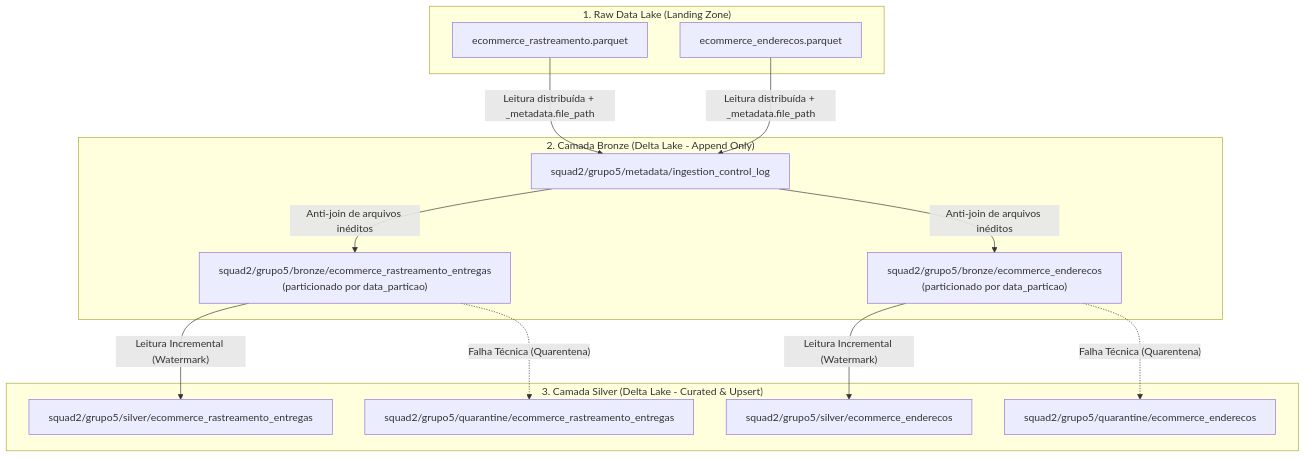
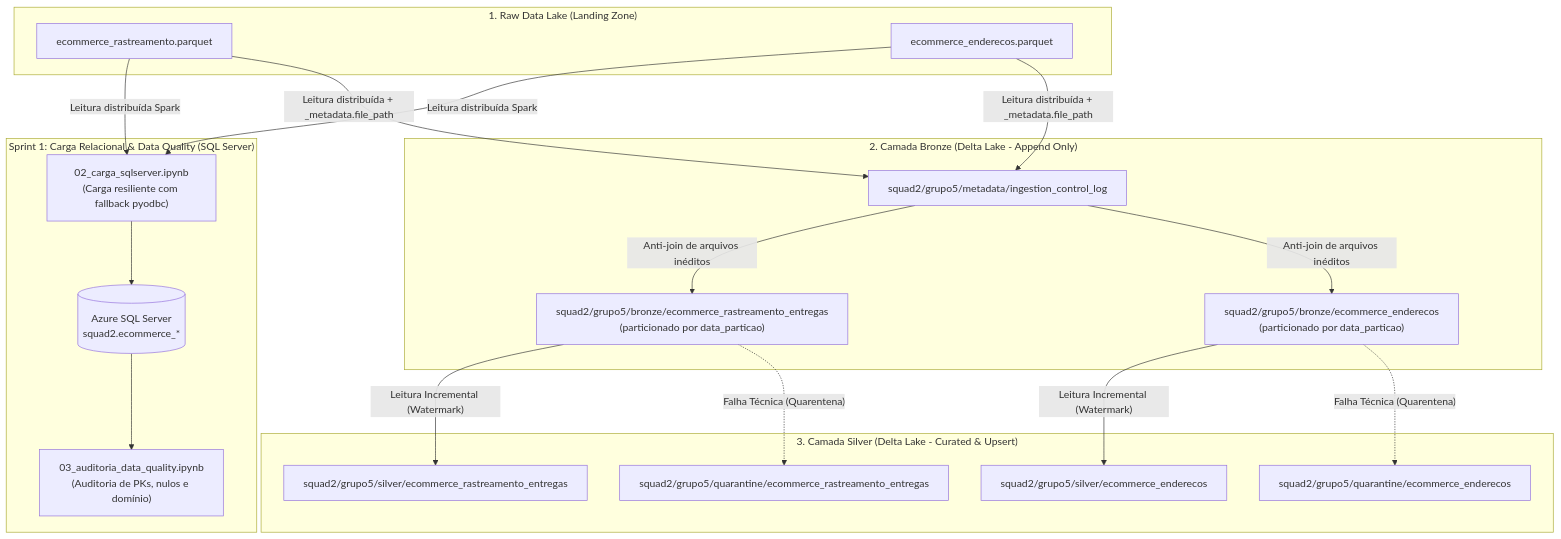
One commit to GeovanyADCancio/estagio-empregadados-turma-2 changed the diagram in squad2/README.md. Above: the diagram before and after it, drawn with Mermaid. The commit also changed other lines of this file and 2 other files, not shown here.

Commit message:
feat(squad2): adicionar notebooks 02 (carga sql server) e 03 (auditoria data quality) para dupla 5

````diff
--- a/squad2/README.md
+++ b/squad2/README.md
@@ -12,30 +12,41 @@
 ```mermaid
 flowchart TD
     subgraph Raw ["1. Raw Data Lake (Landing Zone)"]
         R1["ecommerce_rastreamento.parquet"]
         R2["ecommerce_enderecos.parquet"]
+    end
+
+    subgraph Sprint1 ["Sprint 1: Carga Relacional & Data Quality (SQL Server)"]
+        SQL_LOAD["02_carga_sqlserver.ipynb\n(Carga resiliente com fallback pyodbc)"]
+        SQL_AUDIT["03_auditoria_data_quality.ipynb\n(Auditoria de PKs, nulos e domínio)"]
+        SQL_DB[("Azure SQL Server\nsquad2.ecommerce_*")]
     end
 
     subgraph Bronze ["2. Camada Bronze (Delta Lake - Append Only)"]
         B_CTRL["squad2/grupo5/metadata/ingestion_control_log"]
         B1["squad2/grupo5/bronze/ecommerce_rastreamento_entregas\n(particionado por data_particao)"]
         B2["squad2/grupo5/bronze/ecommerce_enderecos\n(particionado por data_particao)"]
     end
 
     subgraph Silver ["3. Camada Silver (Delta Lake - Curated & Upsert)"]
         S1["squad2/grupo5/silver/ecommerce_rastreamento_entregas"]
         S2["squad2/grupo5/silver/ecommerce_enderecos"]
         Q1["squad2/grupo5/quarantine/ecommerce_rastreamento_entregas"]
         Q2["squad2/grupo5/quarantine/ecommerce_enderecos"]
     end
 
+    R1 -->|"Leitura distribuída Spark"| SQL_LOAD
+    R2 -->|"Leitura distribuída Spark"| SQL_LOAD
+    SQL_LOAD --> SQL_DB
+    SQL_DB --> SQL_AUDIT
+
     R1 -->|"Leitura distribuída + _metadata.file_path"| B_CTRL
     R2 -->|"Leitura distribuída + _metadata.file_path"| B_CTRL
     B_CTRL -->|"Anti-join de arquivos inéditos"| B1
     B_CTRL -->|"Anti-join de arquivos inéditos"| B2
 
     B1 -->|"Leitura Incremental (Watermark)"| S1
     B1 -.->|"Falha Técnica (Quarentena)"| Q1
     B2 -->|"Leitura Incremental (Watermark)"| S2
     B2 -.->|"Falha Técnica (Quarentena)"| Q2
 ```
````
